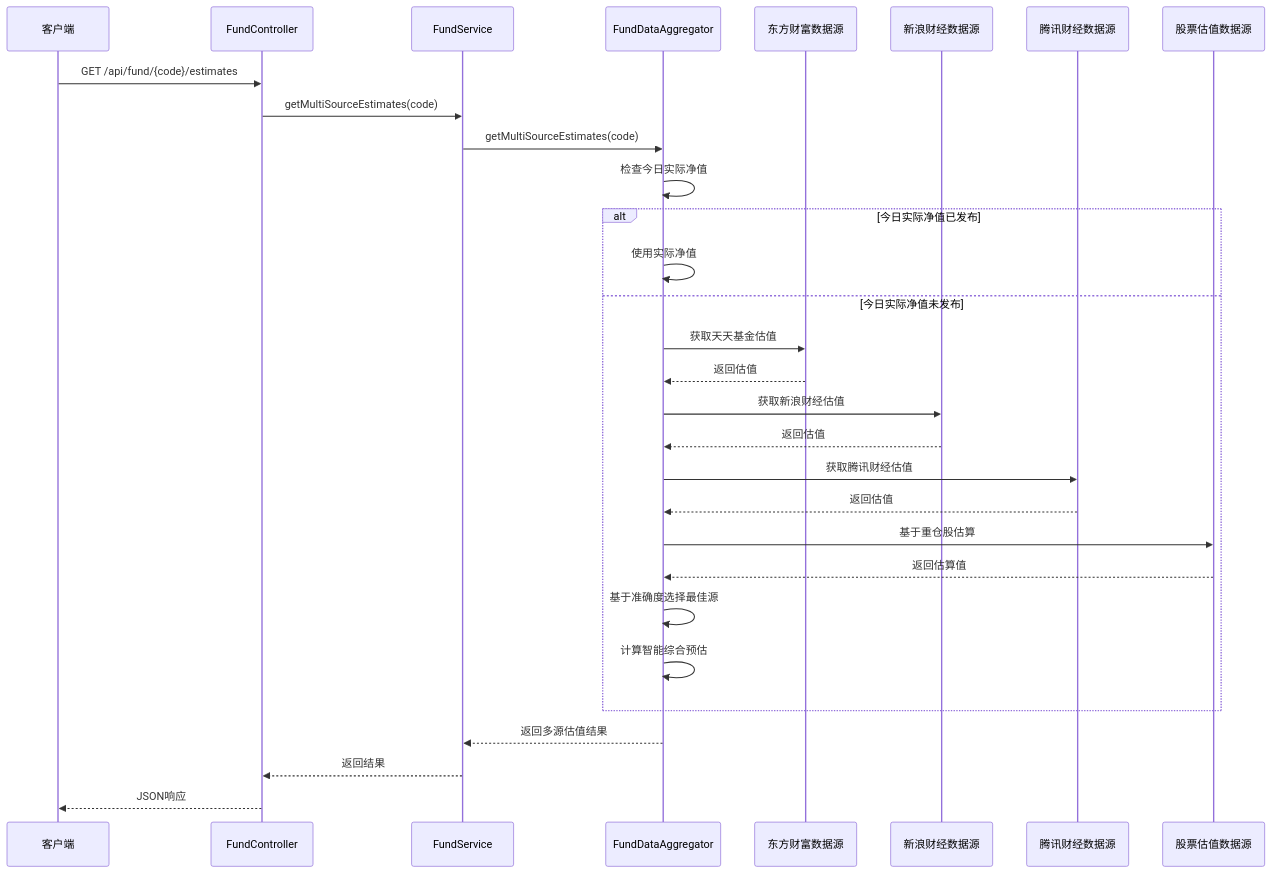
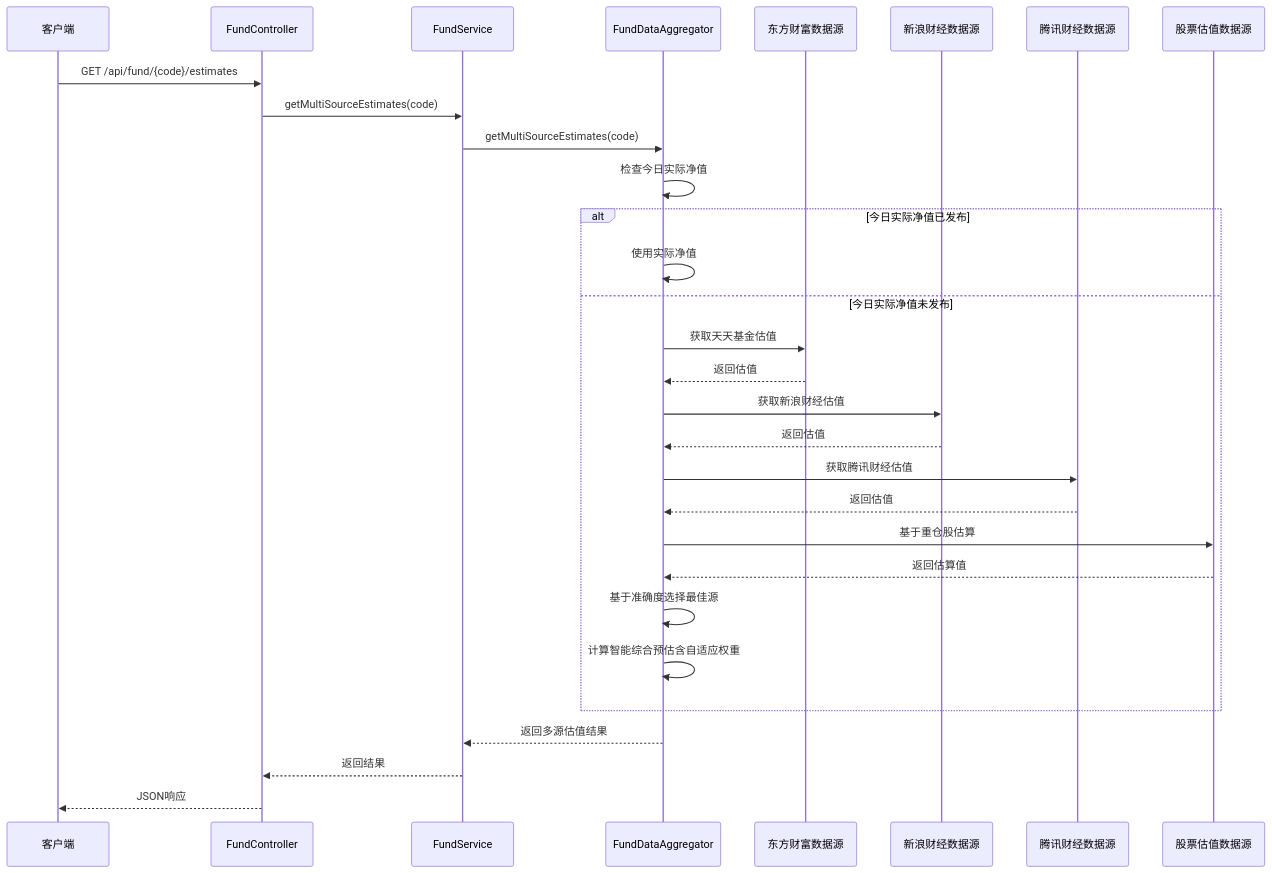
One commit to gree-coder/fund-butler changed diagram 11 of 16 in .qoder/repowiki/zh/content/核心功能开发/多源基金估值系统.md. Above: the diagram before and after it, drawn with Mermaid. The commit also changed other lines of this file and 28 other files, not shown here.

````diff
--- a/.qoder/repowiki/zh/content/核心功能开发/多源基金估值系统.md
+++ b/.qoder/repowiki/zh/content/核心功能开发/多源基金估值系统.md
@@ -459,32 +496,32 @@
 ```mermaid
 sequenceDiagram
 participant Client as 客户端
 participant Controller as FundController
 participant Service as FundService
 participant Aggregator as FundDataAggregator
 participant EM as 东方财富数据源
 participant Sina as 新浪财经数据源
 participant Tencent as 腾讯财经数据源
 participant Stock as 股票估值数据源
 Client->>Controller : GET /api/fund/{code}/estimates
 Controller->>Service : getMultiSourceEstimates(code)
 Service->>Aggregator : getMultiSourceEstimates(code)
 Aggregator->>Aggregator : 检查今日实际净值
 alt 今日实际净值已发布
 Aggregator->>Aggregator : 使用实际净值
 else 今日实际净值未发布
 Aggregator->>EM : 获取天天基金估值
 EM-->>Aggregator : 返回估值
 Aggregator->>Sina : 获取新浪财经估值
 Sina-->>Aggregator : 返回估值
 Aggregator->>Tencent : 获取腾讯财经估值
 Tencent-->>Aggregator : 返回估值
 Aggregator->>Stock : 基于重仓股估算
 Stock-->>Aggregator : 返回估算值
 Aggregator->>Aggregator : 基于准确度选择最佳源
-Aggregator->>Aggregator : 计算智能综合预估
+Aggregator->>Aggregator : 计算智能综合预估含自适应权重
 end
 Aggregator-->>Service : 返回多源估值结果
 Service-->>Controller : 返回结果
 Controller-->>Client : JSON响应
 ```
````
